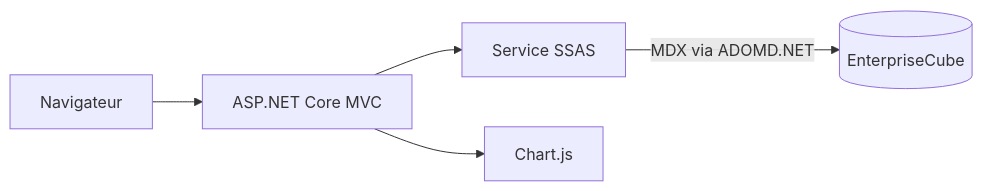
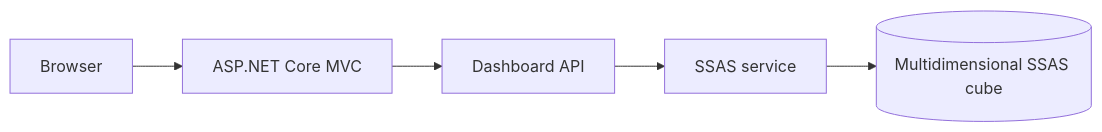
Before and after one commit to KhaledZouari/EnterpriseBIDashboard: the diagram in README.md, drawn with Mermaid. The commit also changed other lines of this file, not shown here.

````diff
--- a/README.md
+++ b/README.md
@@ -42,7 +23,7 @@
 ```mermaid
 flowchart LR
-    Browser[Navigateur] --> MVC[ASP.NET Core MVC]
-    MVC --> Service[Service SSAS]
-    Service -->|MDX via ADOMD.NET| Cube[(EnterpriseCube)]
-    MVC --> Charts[Chart.js]
+    Browser --> MVC[ASP.NET Core MVC]
+    MVC --> API[Dashboard API]
+    API --> Service[SSAS service]
+    Service --> Cube[(Multidimensional SSAS cube)]
 ```
````
